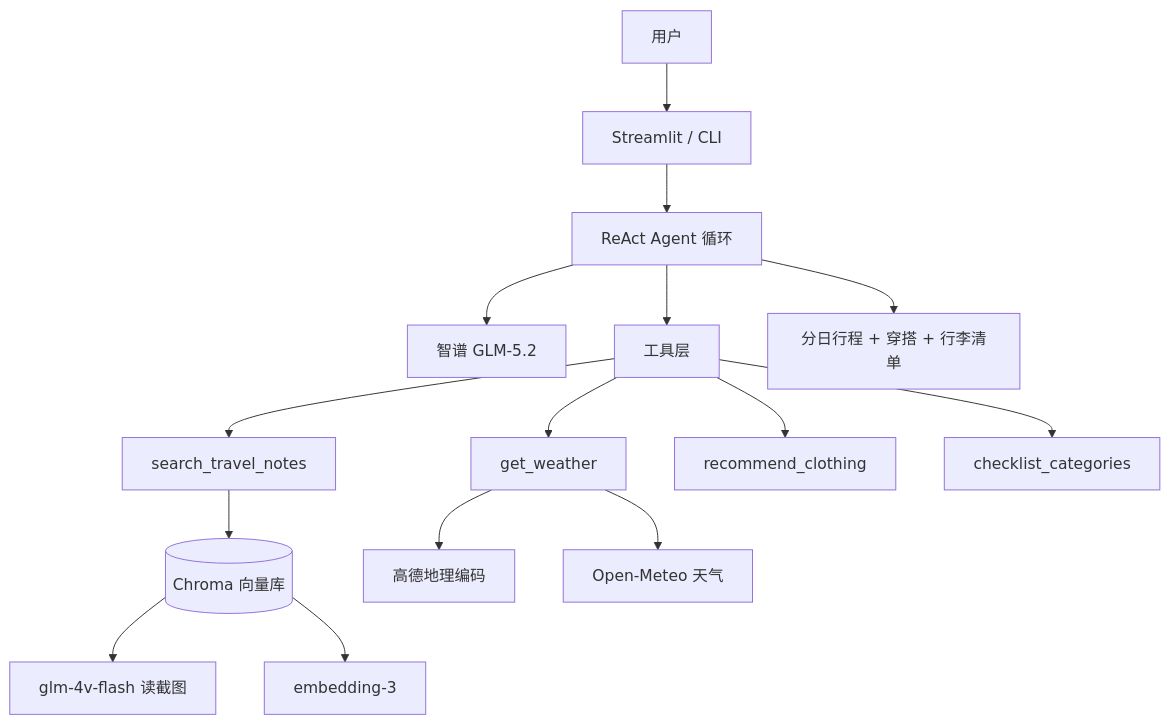
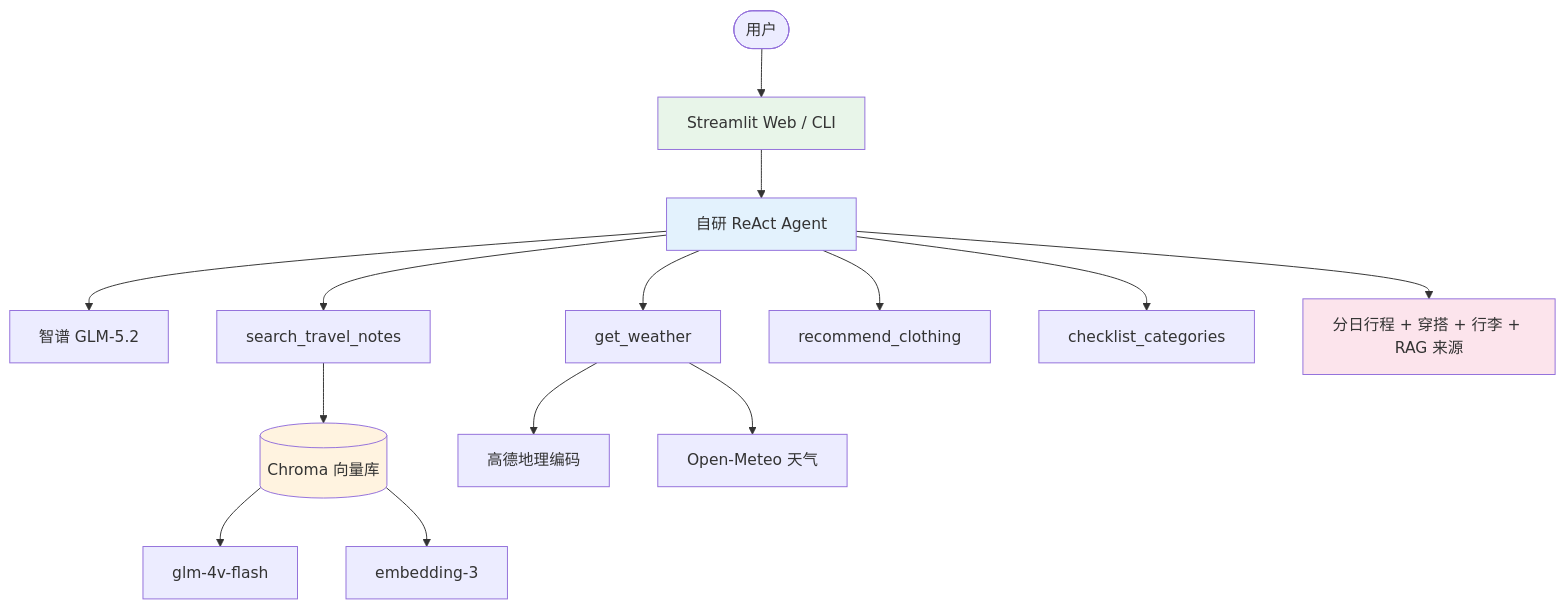
The first of 2 diagrams in README.md (hezi339/Travel-Agent-Planner), drawn with Mermaid before and after one commit. The commit also changed other lines of this file and 3 other files, not shown here.

````diff
--- a/README.md
+++ b/README.md
@@ -37,21 +89,26 @@
 ```mermaid
 flowchart TB
-    User[用户] --> UI[Streamlit / CLI]
-    UI --> Agent[ReAct Agent 循环]
+    User([用户]) --> UI[Streamlit Web / CLI]
+
+    UI --> Agent[自研 ReAct Agent]
     Agent --> LLM[智谱 GLM-5.2]
-    Agent --> Tools[工具层]
 
-    Tools --> RAG[search_travel_notes]
-    Tools --> Weather[get_weather]
-    Tools --> Cloth[recommend_clothing]
-    Tools --> Pack[checklist_categories]
+    Agent --> T1[search_travel_notes]
+    Agent --> T2[get_weather]
+    Agent --> T3[recommend_clothing]
+    Agent --> T4[checklist_categories]
 
-    RAG --> Chroma[(Chroma 向量库)]
-    Chroma --> Vision[glm-4v-flash 读截图]
+    T1 --> Chroma[(Chroma 向量库)]
+    Chroma --> Vision[glm-4v-flash]
     Chroma --> Embed[embedding-3]
 
-    Weather --> Amap[高德地理编码]
-    Weather --> OpenMeteo[Open-Meteo 天气]
+    T2 --> Amap[高德地理编码]
+    T2 --> OpenMeteo[Open-Meteo 天气]
 
-    Agent --> Output[分日行程 + 穿搭 + 行李清单]
+    Agent --> Out[分日行程 + 穿搭 + 行李 + RAG 来源]
+
+    style UI fill:#e8f5e9
+    style Agent fill:#e3f2fd
+    style Chroma fill:#fff3e0
+    style Out fill:#fce4ec
 ```
````
